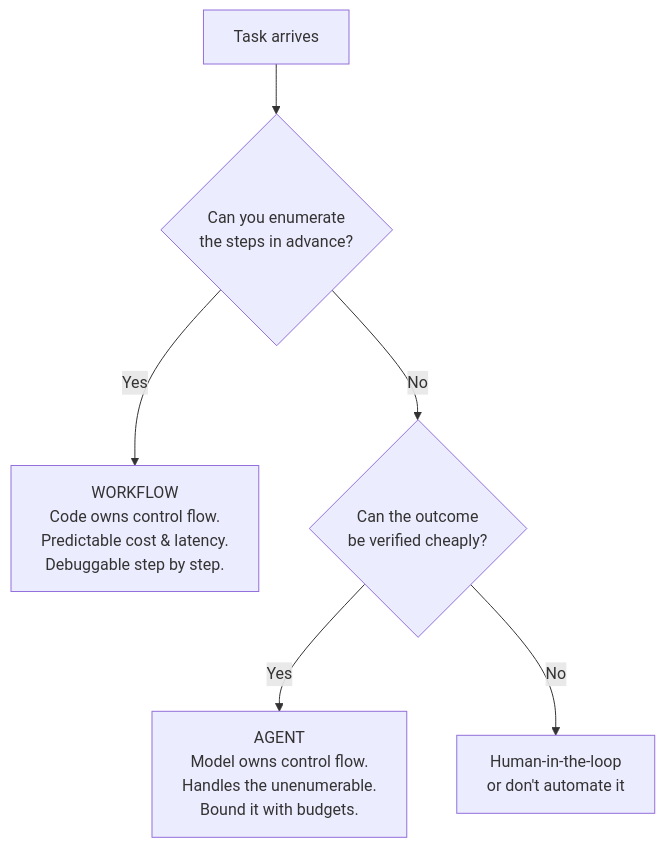
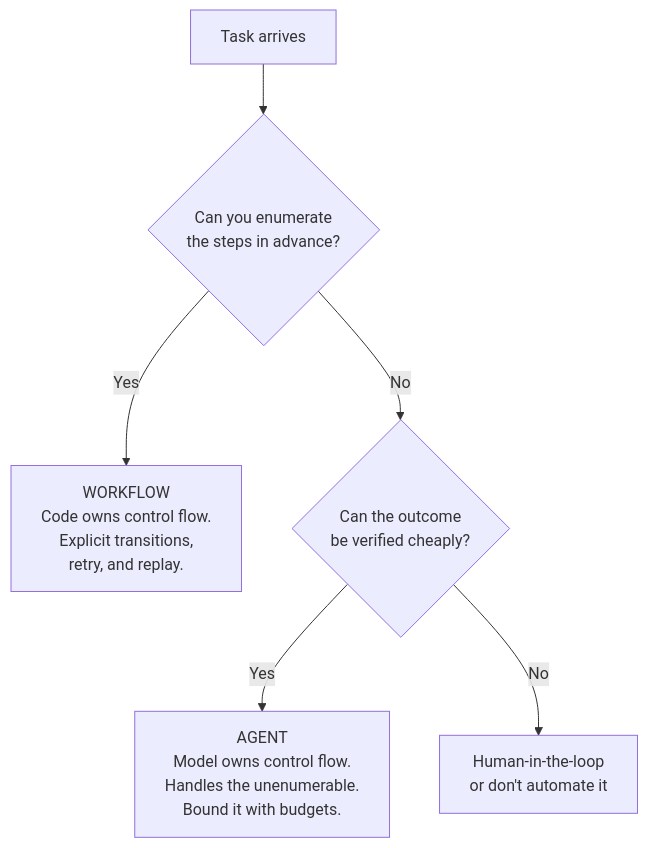
The first of 5 diagrams in 17-llm-systems/02-orchestration-patterns.md (babushkai/system-design-patterns), drawn with Mermaid before and after one commit. The commit also changed other lines of this file and 25 other files, not shown here.

````diff
--- a/17-llm-systems/02-orchestration-patterns.md
+++ b/17-llm-systems/02-orchestration-patterns.md
@@ -11,8 +13,8 @@
 ```mermaid
 graph TD
     TASK["Task arrives"] --> Q1{"Can you enumerate<br/>the steps in advance?"}
-    Q1 -->|Yes| WF["WORKFLOW<br/>Code owns control flow.<br/>Predictable cost & latency.<br/>Debuggable step by step."]
+    Q1 -->|Yes| WF["WORKFLOW<br/>Code owns control flow.<br/>Explicit transitions,<br/>retry, and replay."]
     Q1 -->|No| Q2{"Can the outcome<br/>be verified cheaply?"}
     Q2 -->|Yes| AG["AGENT<br/>Model owns control flow.<br/>Handles the unenumerable.<br/>Bound it with budgets."]
     Q2 -->|No| HITL["Human-in-the-loop<br/>or don't automate it"]
 ```
````
